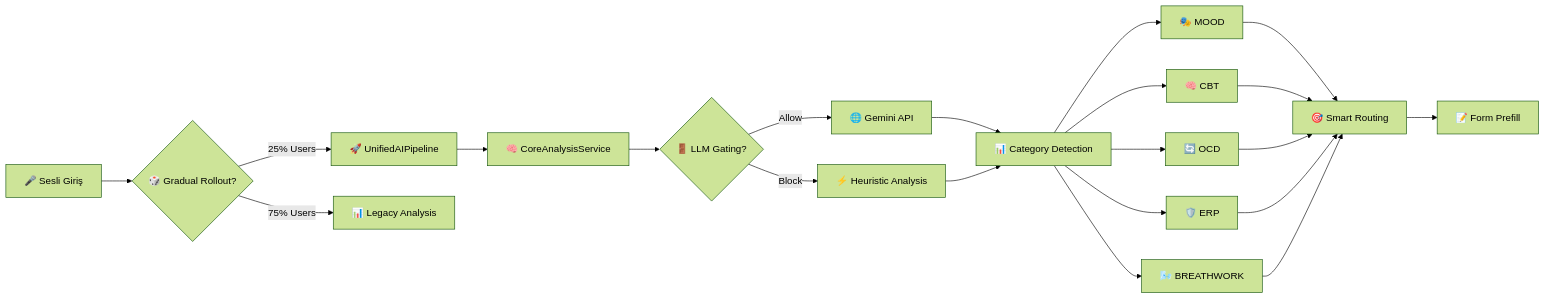
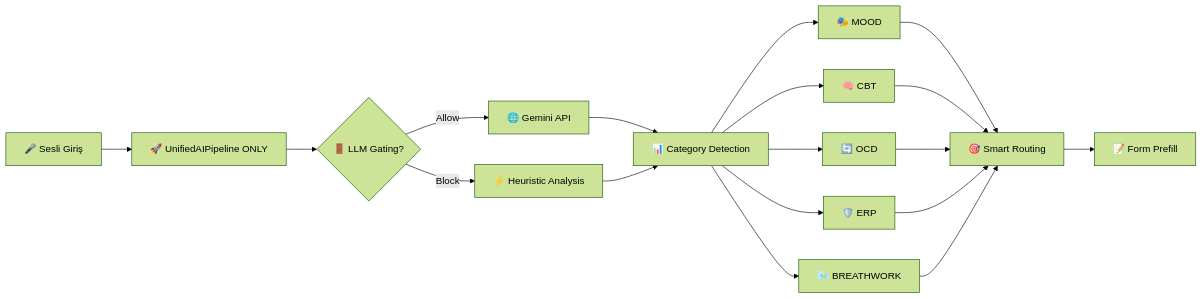
The first of 8 diagrams in docs/AI_FEATURES_TODAY_SCREEN.md (adilyoltay/obsessless-mobile-app), drawn with Mermaid (forest theme) before and after one commit. The commit also changed other lines of this file and 11 other files, not shown here.

Commit message:
🔧 Syntax Fix + UnifiedAIPipeline Documentation Migration Complete

````diff
--- a/docs/AI_FEATURES_TODAY_SCREEN.md
+++ b/docs/AI_FEATURES_TODAY_SCREEN.md
@@ -23,23 +23,20 @@
 ```mermaid
 graph LR
-    A[🎤 Sesli Giriş] --> B{🎲 Gradual Rollout?}
-    B -->|25% Users| C[🚀 UnifiedAIPipeline]
-    B -->|75% Users| D[📊 Legacy Analysis]
-    C --> E[🧠 CoreAnalysisService]
-    E --> F{🚪 LLM Gating?}
-    F -->|Allow| G[🌐 Gemini API]
-    F -->|Block| H[⚡ Heuristic Analysis]
+    A[🎤 Sesli Giriş] --> B[🚀 UnifiedAIPipeline ONLY]
+    B --> C{🚪 LLM Gating?}
+    C -->|Allow| G[🌐 Gemini API]
+    C -->|Block| H[⚡ Heuristic Analysis]
     G --> I[📊 Category Detection]
     H --> I
     I --> J1[🎭 MOOD] 
     I --> J2[🧠 CBT]
     I --> J3[🔄 OCD]
     I --> J4[🛡️ ERP]
     I --> J5[🌬️ BREATHWORK]
     J1 --> K[🎯 Smart Routing]
     J2 --> K
     J3 --> K
     J4 --> K
     J5 --> K
     K --> L[📝 Form Prefill]
 ```
````
